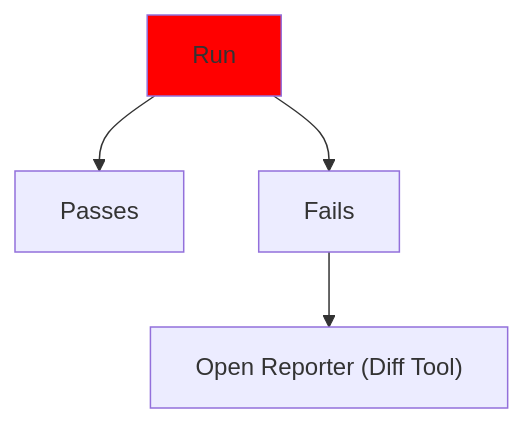
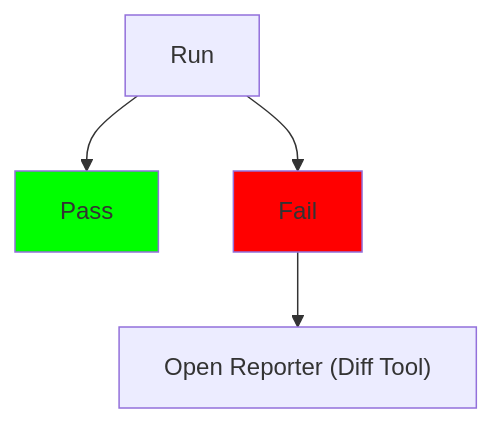
Before and after one commit to approvals/ApprovalTests.Java: the first of 2 diagrams in approvaltests/docs/explanations/BenefitsOfDifferentReporters.md, drawn with Mermaid. The commit also changed other lines of this file, not shown here.

````diff
--- a/approvaltests/docs/explanations/BenefitsOfDifferentReporters.md
+++ b/approvaltests/docs/explanations/BenefitsOfDifferentReporters.md
@@ -5,7 +5,8 @@
 ```mermaid
 flowchart
-Run --> Passes
-Run --> Fails
-Fails --> reporter["Open Reporter (Diff Tool)"]
-style Run fill:#f00
+Run --> Pass
+Run --> Fail
+Fail --> reporter["Open Reporter (Diff Tool)"]
+style Fail fill:#f00
+style Pass fill:#0f0
 ```
````
